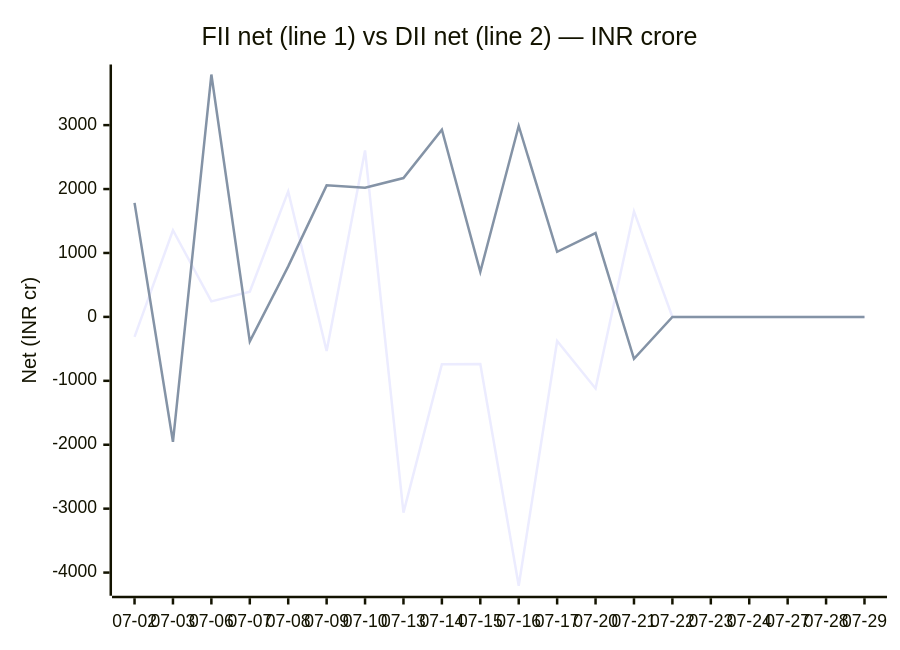
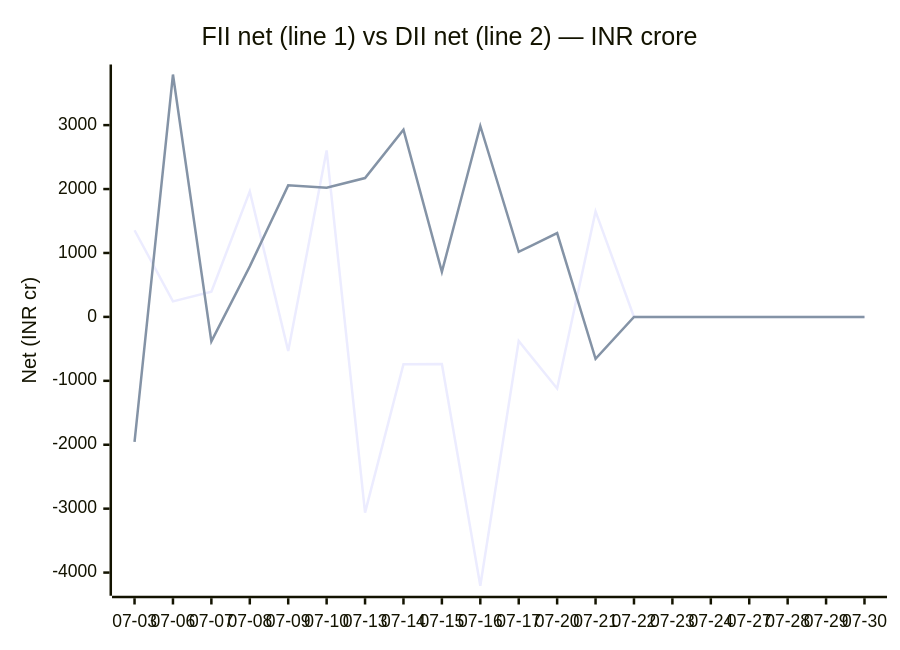
One commit to chirag127/fii-dii-activity-api changed the diagram in README.md. Above: the diagram before and after it, drawn with Mermaid. The commit also changed 2 other files, not shown here.

Commit message:
data: scrape 2026-07-30

````diff
--- a/README.md
+++ b/README.md
@@ -25,8 +25,8 @@
 ```mermaid
 xychart-beta
     title "FII net (line 1) vs DII net (line 2) — INR crore"
-    x-axis ["07-02", "07-03", "07-06", "07-07", "07-08", "07-09", "07-10", "07-13", "07-14", "07-15", "07-16", "07-17", "07-20", "07-21", "07-22", "07-23", "07-24", "07-27", "07-28", "07-29"]
+    x-axis ["07-03", "07-06", "07-07", "07-08", "07-09", "07-10", "07-13", "07-14", "07-15", "07-16", "07-17", "07-20", "07-21", "07-22", "07-23", "07-24", "07-27", "07-28", "07-29", "07-30"]
     y-axis "Net (INR cr)" -4206 --> 3792
-    line [-311.82, 1355.33, 243.03, 393.19, 1962.8, -532.86, 2603.72, -3062.27, -739.69, -735.83, -4205.56, -376.41, -1121.04, 1650.16, 0, 0, 0, 0, 0, 0]
-    line [1784.4, -1953.89, 3791.42, -383.43, 790.16, 2057.79, 2019.68, 2171.7, 2927.71, 704.93, 2986.41, 1017.89, 1312.03, -656.88, 0, 0, 0, 0, 0, 0]
+    line [1355.33, 243.03, 393.19, 1962.8, -532.86, 2603.72, -3062.27, -739.69, -735.83, -4205.56, -376.41, -1121.04, 1650.16, 0, 0, 0, 0, 0, 0, 0]
+    line [-1953.89, 3791.42, -383.43, 790.16, 2057.79, 2019.68, 2171.7, 2927.71, 704.93, 2986.41, 1017.89, 1312.03, -656.88, 0, 0, 0, 0, 0, 0, 0]
 ```
````
